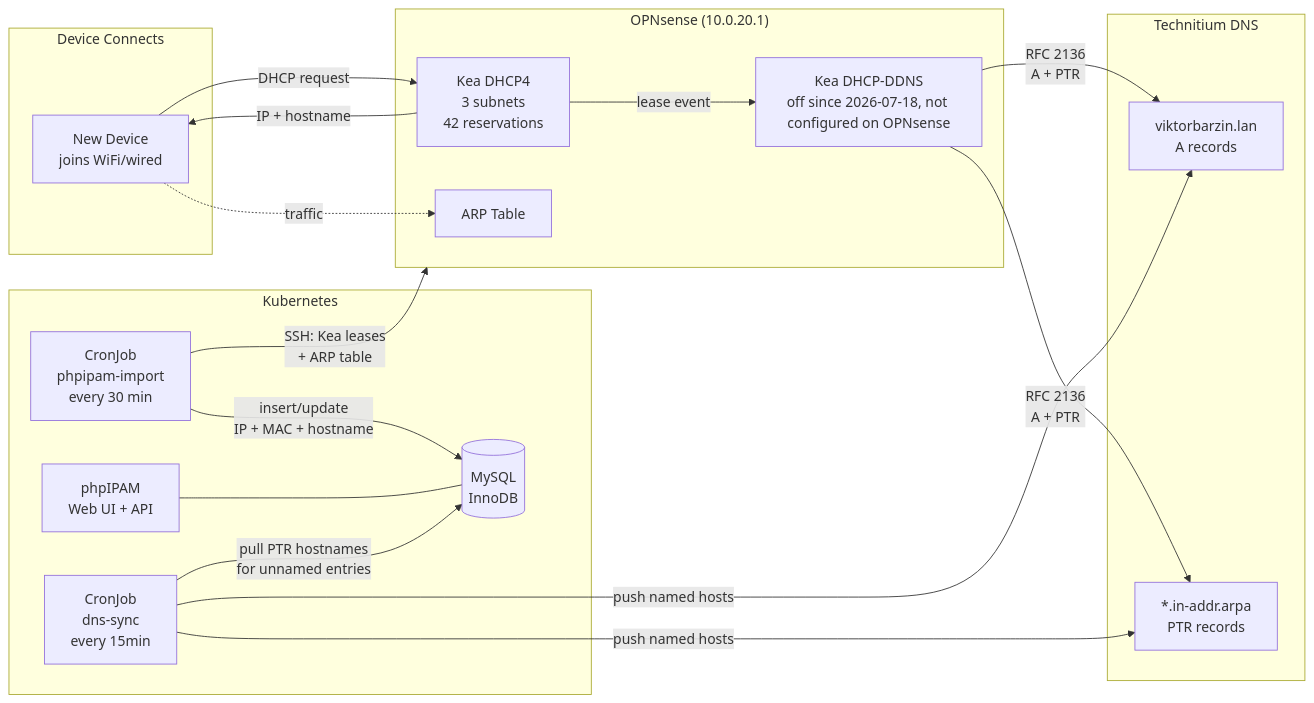
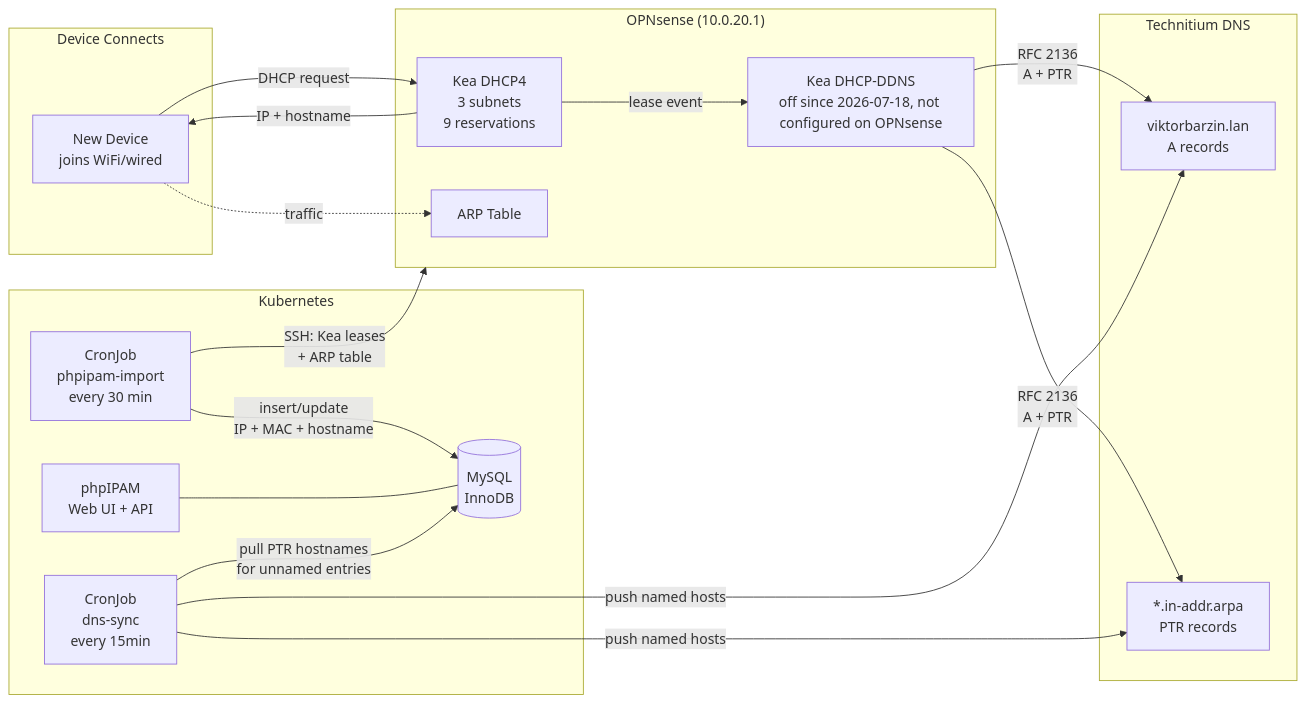
One commit to ViktorBarzin/infra changed the third of 5 diagrams in docs/architecture/networking.md. Above: the diagram before and after it, drawn with Mermaid. The commit also changed 4 other files, not shown here.

First line of the commit message:
Remove dead DHCP reservations in Sofia and London [ci skip]

````diff
--- a/docs/architecture/networking.md
+++ b/docs/architecture/networking.md
@@ -183,38 +183,38 @@
 ```mermaid
 flowchart LR
     subgraph "Device Connects"
         Device[New Device<br/>joins WiFi/wired]
     end
 
     subgraph OPNsense["OPNsense (10.0.20.1)"]
-        Kea[Kea DHCP4<br/>3 subnets<br/>42 reservations]
+        Kea[Kea DHCP4<br/>3 subnets<br/>9 reservations]
         DDNS[Kea DHCP-DDNS<br/>off since 2026-07-18, not configured on OPNsense]
         ARP[ARP Table]
     end
 
     subgraph K8s["Kubernetes"]
         Import[CronJob<br/>phpipam-import<br/>every 30 min]
         Sync[CronJob<br/>dns-sync<br/>every 15min]
         IPAM[phpIPAM<br/>Web UI + API]
         MySQL[(MySQL<br/>InnoDB)]
     end
 
     subgraph DNS["Technitium DNS"]
         Forward[viktorbarzin.lan<br/>A records]
         Reverse[*.in-addr.arpa<br/>PTR records]
     end
 
     Device -->|DHCP request| Kea
     Kea -->|IP + hostname| Device
     Kea -->|lease event| DDNS
     DDNS -->|RFC 2136<br/>A + PTR| Forward
     DDNS -->|RFC 2136<br/>A + PTR| Reverse
     Device -.->|traffic| ARP
 
     Import -->|SSH: Kea leases<br/>+ ARP table| OPNsense
     Import -->|insert/update<br/>IP + MAC + hostname| MySQL
     IPAM --- MySQL
     Sync -->|push named hosts| Forward
     Sync -->|push named hosts| Reverse
     Sync -->|pull PTR hostnames<br/>for unnamed entries| MySQL
 ```
````
